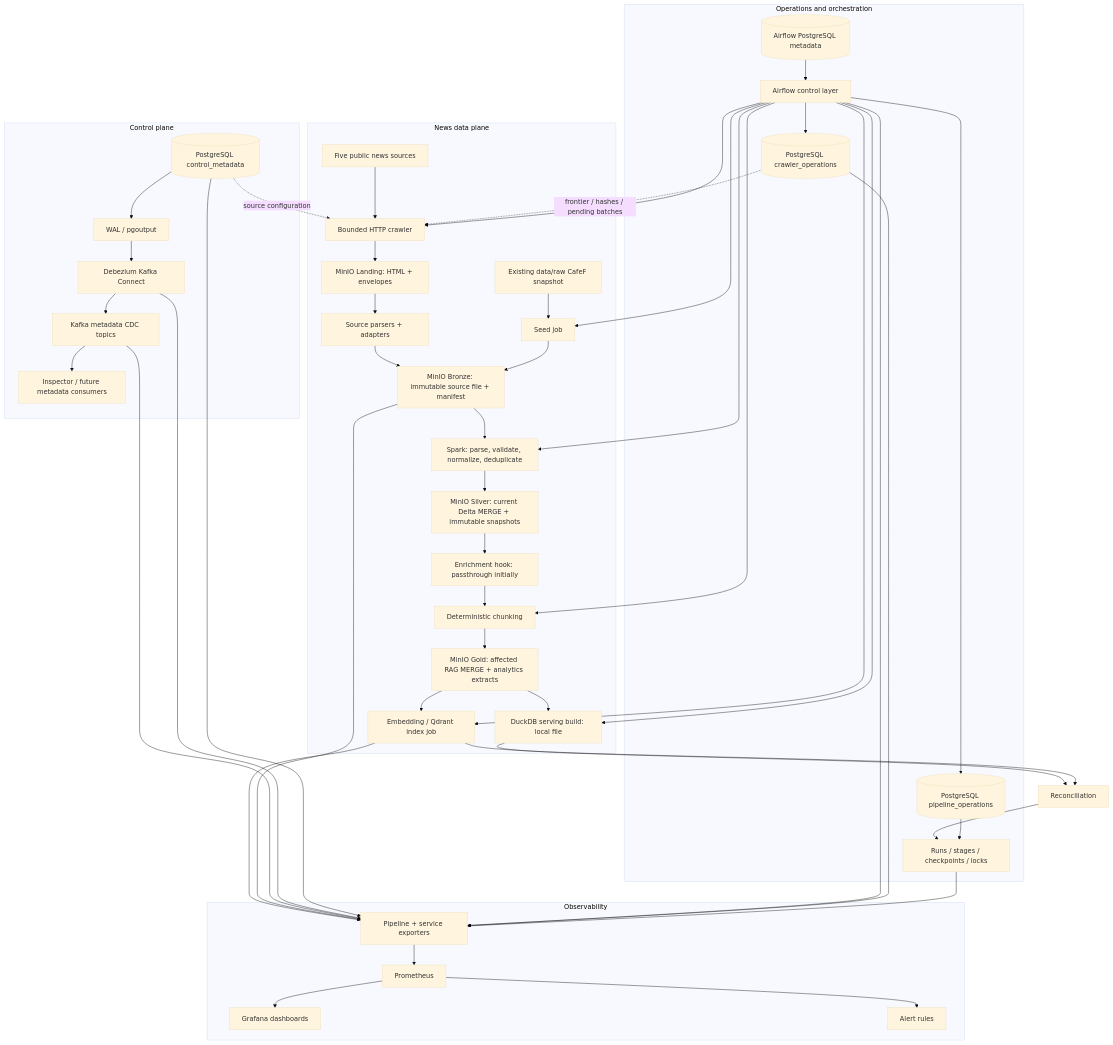
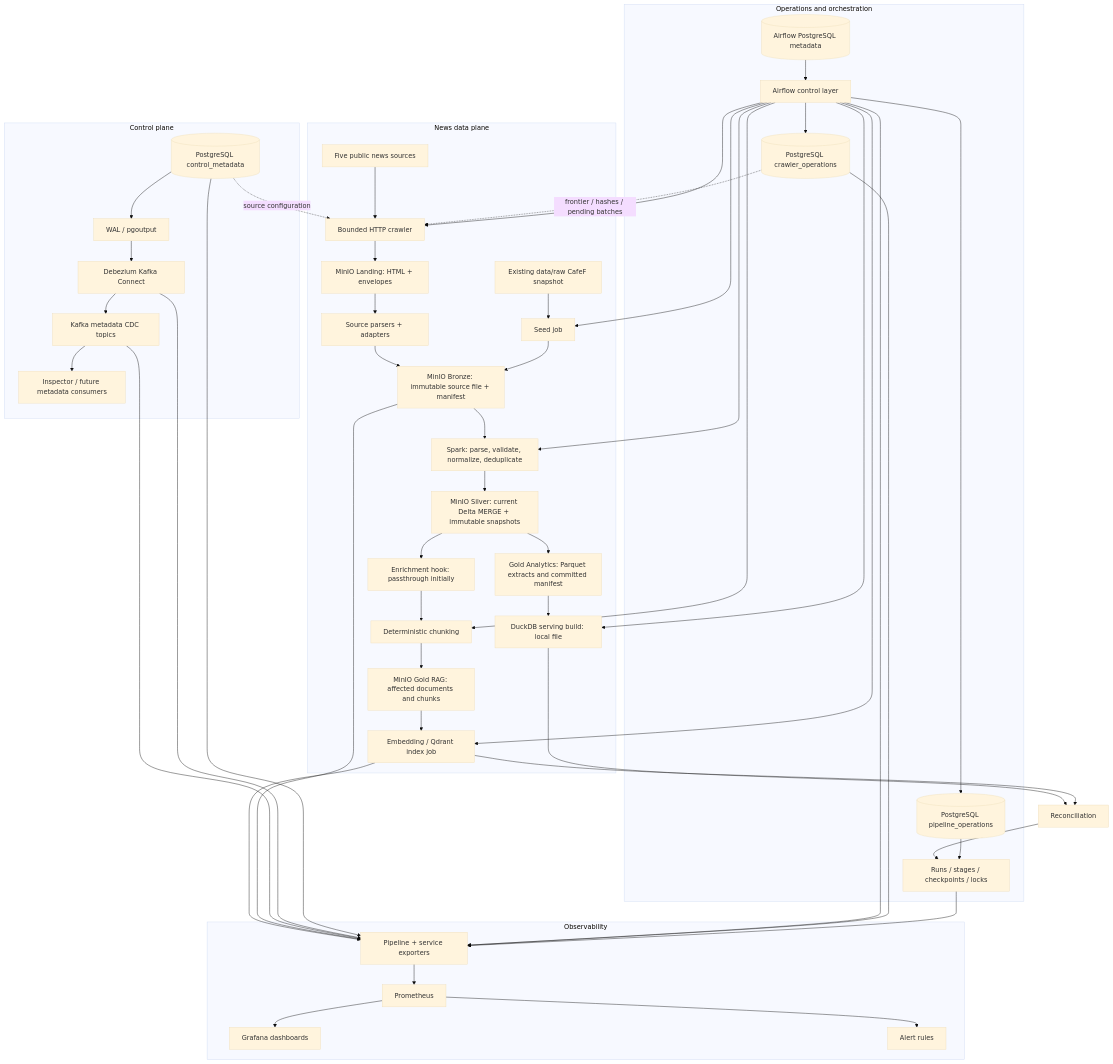
Before and after one commit to minhphu05/financial-news: the diagram in docs/local-architecture.md, drawn with Mermaid (base theme). The commit also changed other lines of this file and 19 other files, not shown here.

````diff
--- a/docs/local-architecture.md
+++ b/docs/local-architecture.md
@@ -26,54 +28,55 @@
 ```mermaid
 flowchart TB
     subgraph CP[Control plane]
         MPG[(PostgreSQL control_metadata)] --> WAL[WAL / pgoutput]
         WAL --> DBZ[Debezium Kafka Connect]
         DBZ --> KF[Kafka metadata CDC topics]
         KF --> MC[Inspector / future metadata consumers]
     end
     subgraph OP[Operations and orchestration]
         AP[(Airflow PostgreSQL metadata)] --> AF[Airflow control layer]
         AF --> PR[(PostgreSQL pipeline_operations)]
         AF --> CR[(PostgreSQL crawler_operations)]
         PR --> CK[Runs / stages / checkpoints / locks]
     end
     subgraph DP[News data plane]
         A[Existing data/raw CafeF snapshot] --> B[Seed job]
         B --> C[MinIO Bronze: immutable source file + manifest]
         NEWS[Five public news sources] --> HTTP[Bounded HTTP crawler]
         HTTP --> LAND[MinIO Landing: HTML + envelopes]
         LAND --> ADAPT[Source parsers + adapters]
         ADAPT --> C
         C --> D[Spark: parse, validate, normalize, deduplicate]
         D --> E[MinIO Silver: current Delta MERGE + immutable snapshots]
         E --> F[Enrichment hook: passthrough initially]
         F --> G[Deterministic chunking]
-        G --> H[MinIO Gold: affected RAG MERGE + analytics extracts]
+        G --> H[MinIO Gold RAG: affected documents and chunks]
         H --> I[Embedding / Qdrant index job]
-        H --> J[DuckDB serving build: local file]
+        E --> AN[Gold Analytics: Parquet extracts and committed manifest]
+        AN --> J[DuckDB serving build: local file]
     end
     subgraph OB[Observability]
         EX[Pipeline + service exporters] --> PM[Prometheus]
         PM --> GF[Grafana dashboards]
         PM --> AR[Alert rules]
     end
     AF --> B
     AF --> HTTP
     MPG -. source configuration .-> HTTP
     CR -. frontier / hashes / pending batches .-> HTTP
     AF --> D
     AF --> G
     AF --> I
     AF --> J
     I --> RC[Reconciliation]
     J --> RC
     RC --> CK
     CK --> EX
     CR --> EX
     AF --> EX
     MPG --> EX
     DBZ --> EX
     KF --> EX
     C --> EX
     I --> EX
 ```
````
